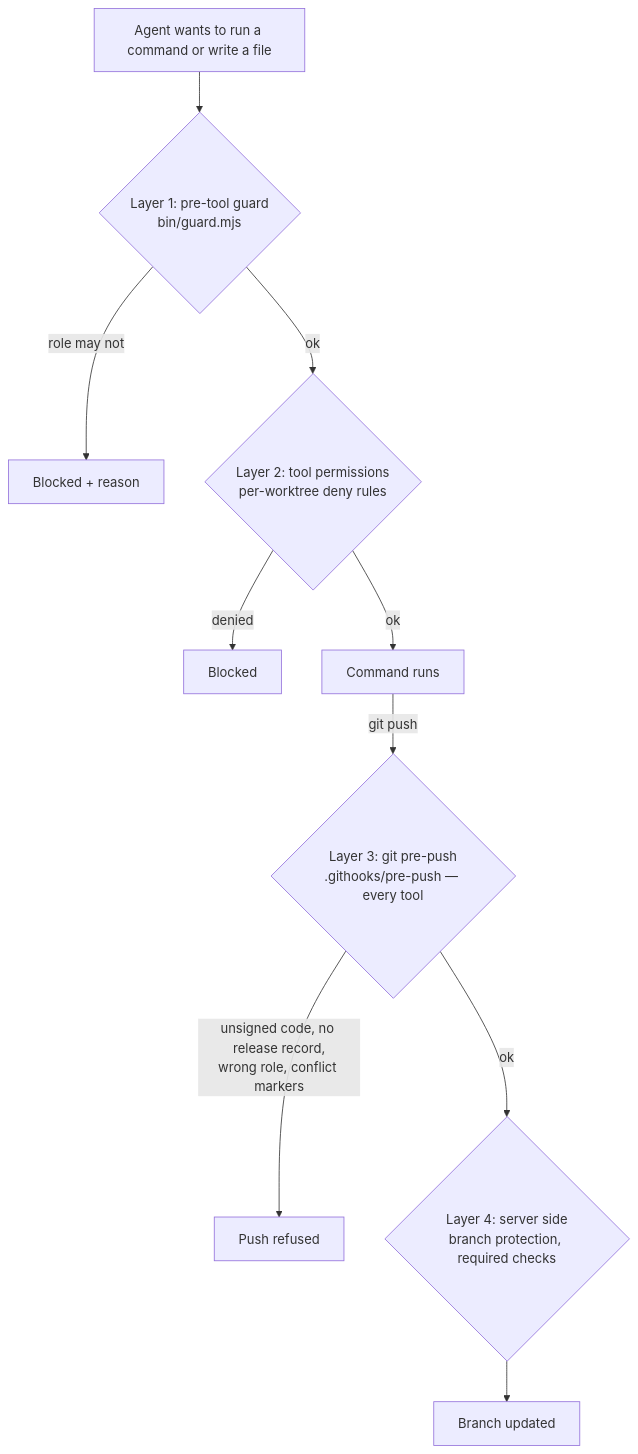
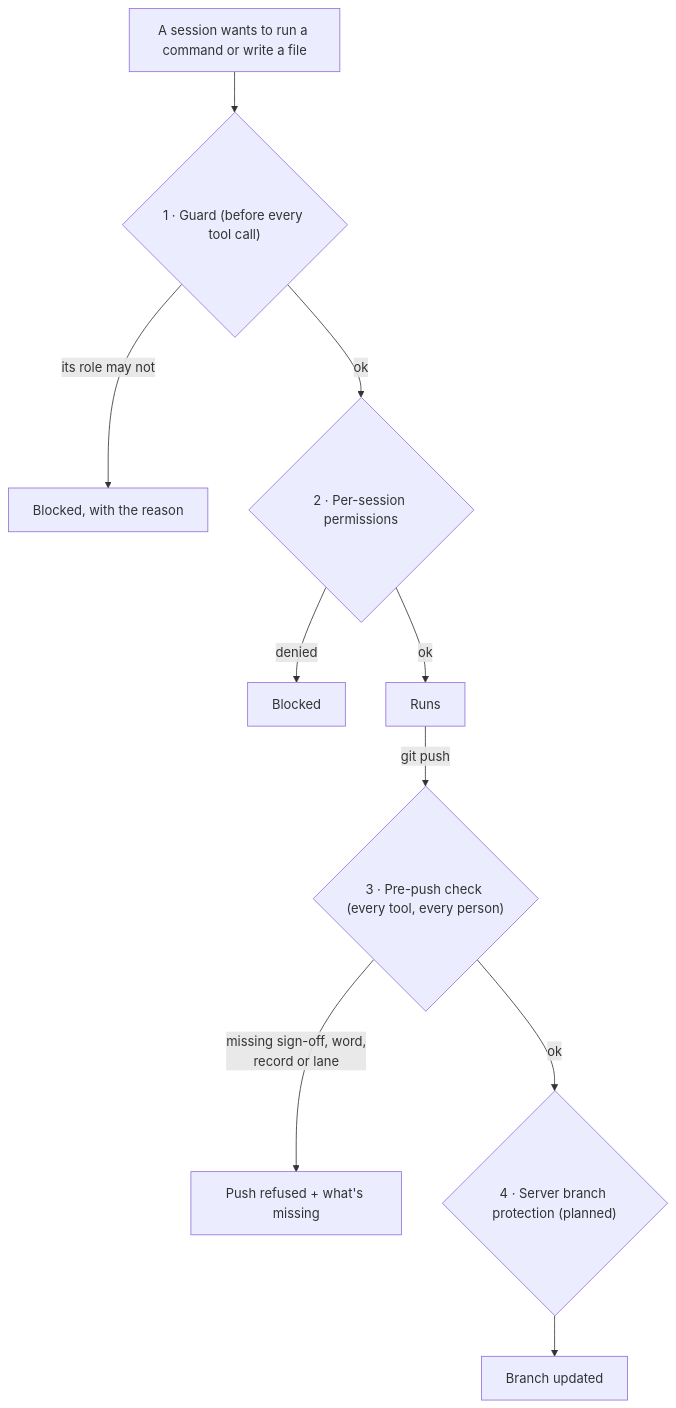
Before and after one commit to AnfalHaider/Bootstrap-environment: the sixth of 6 diagrams in README.md, drawn with Mermaid. The commit also changed other lines of this file and 10 other files, not shown here.

First line of the commit message:
README: purpose, use cases, advantages, diagrams and screenshots

````diff
--- a/README.md
+++ b/README.md
@@ -187,12 +211,12 @@
 ```mermaid
 flowchart TB
-  A[Agent wants to run a command or write a file] --> G{Layer 1: pre-tool guard<br/>bin/guard.mjs}
-  G -->|role may not| X1[Blocked + reason]
-  G -->|ok| PERM{Layer 2: tool permissions<br/>per-worktree deny rules}
-  PERM -->|denied| X2[Blocked]
-  PERM -->|ok| RUN[Command runs]
-  RUN -->|git push| PP{Layer 3: git pre-push<br/>.githooks/pre-push — every tool}
-  PP -->|unsigned code, no release record,<br/>wrong role, conflict markers| X3[Push refused]
-  PP -->|ok| SRV{Layer 4: server side<br/>branch protection, required checks}
-  SRV --> DONE[Branch updated]
+  A["A session wants to run a command or write a file"] --> G{"1 · Guard (before every tool call)"}
+  G -->|"its role may not"| X1["Blocked, with the reason"]
+  G -->|"ok"| PERM{"2 · Per-session permissions"}
+  PERM -->|"denied"| X2["Blocked"]
+  PERM -->|"ok"| RUN["Runs"]
+  RUN -->|"git push"| PP{"3 · Pre-push check (every tool, every person)"}
+  PP -->|"missing sign-off, word,<br/>record or lane"| X3["Push refused + what's missing"]
+  PP -->|"ok"| SRV{"4 · Server branch protection (planned)"}
+  SRV --> DONE["Branch updated"]
 ```
````
